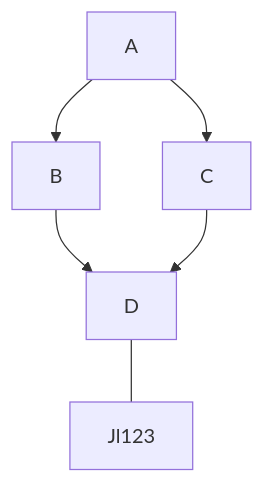
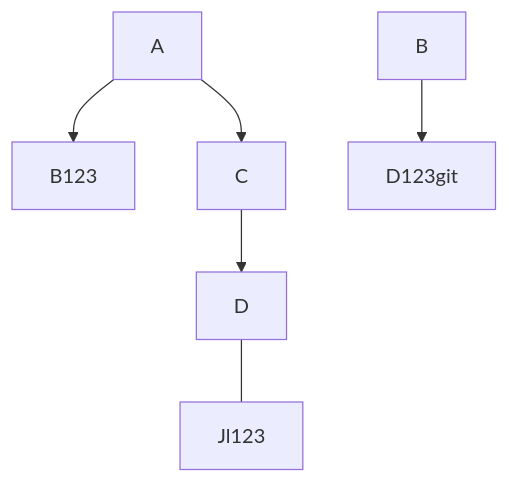
The second of 2 diagrams in README.md (misterkrull/GitWhippingBoy), drawn with Mermaid before and after one commit. The commit also changed other lines of this file, not shown here.

Commit message:
Update README.md FOR CONFLICT

````diff
--- a/README.md
+++ b/README.md
@@ -17,8 +17,8 @@
 ```mermaid
   graph TD;
-      A-->B;
+      A-->B123;
       A-->C;
-      B-->D;
+      B-->D123git;
       C-->D;
       D---Jl123;
 ```
````
